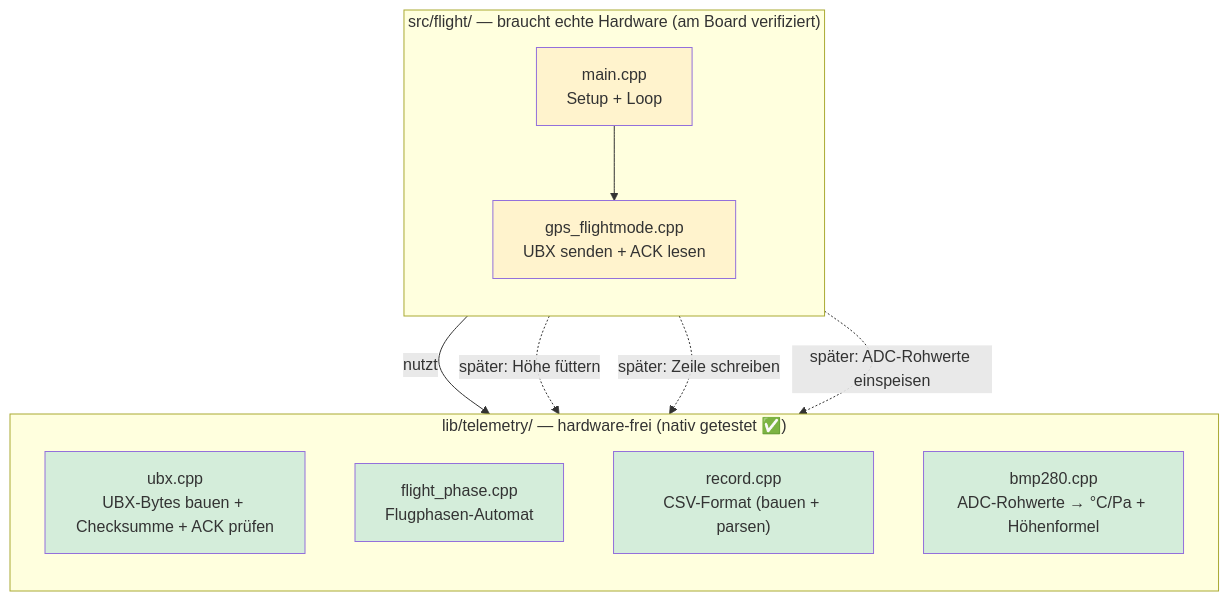
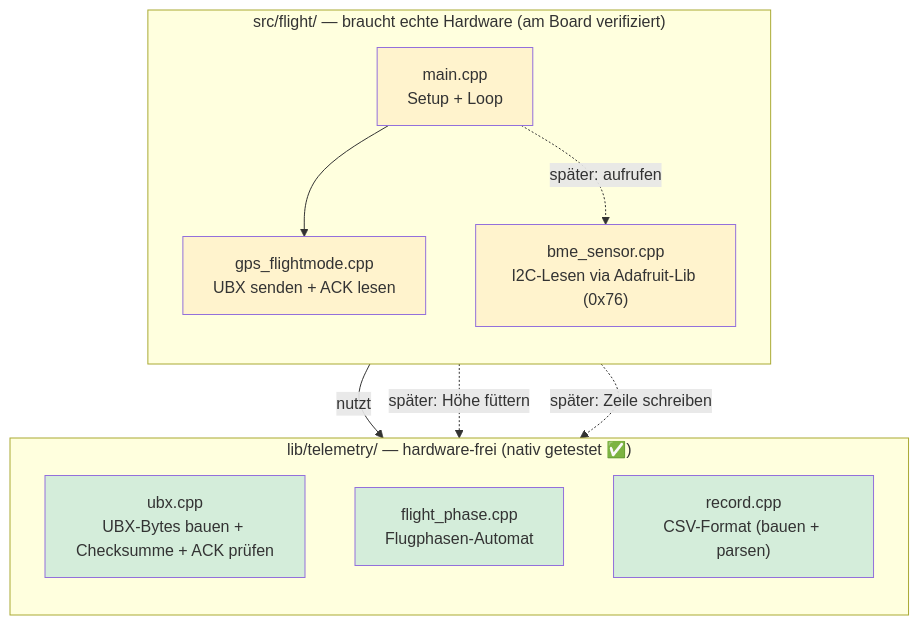
One commit to rhoentier/weather_balloon changed the first of 6 diagrams in docs/software-flow.md. Above: the diagram before and after it, drawn with Mermaid. The commit also changed other lines of this file and 2 other files, not shown here.

First line of the commit message:
docs: BMP280 -> BME280 durchgängig korrigieren (Pins, TODO, Software-Flow)

````diff
--- a/docs/software-flow.md
+++ b/docs/software-flow.md
@@ -27,29 +27,29 @@
 ```mermaid
 flowchart TB
     subgraph HW["src/flight/ — braucht echte Hardware (am Board verifiziert)"]
         direction TB
         MAIN["main.cpp<br/>Setup + Loop"]
         GPSFM["gps_flightmode.cpp<br/>UBX senden + ACK lesen"]
+        BME["bme_sensor.cpp<br/>I2C-Lesen via Adafruit-Lib (0x76)"]
     end
 
     subgraph LIB["lib/telemetry/ — hardware-frei (nativ getestet ✅)"]
         direction TB
         UBX["ubx.cpp<br/>UBX-Bytes bauen + Checksumme + ACK prüfen"]
         PHASE["flight_phase.cpp<br/>Flugphasen-Automat"]
         REC["record.cpp<br/>CSV-Format (bauen + parsen)"]
-        BMP["bmp280.cpp<br/>ADC-Rohwerte → °C/Pa + Höhenformel"]
     end
 
     MAIN --> GPSFM
     GPSFM -->|nutzt| UBX
+    MAIN -.->|später: aufrufen| BME
     MAIN -.->|später: Höhe füttern| PHASE
     MAIN -.->|später: Zeile schreiben| REC
-    MAIN -.->|später: ADC-Rohwerte einspeisen| BMP
 
     style UBX fill:#d4edda
     style PHASE fill:#d4edda
     style REC fill:#d4edda
-    style BMP fill:#d4edda
     style GPSFM fill:#fff3cd
     style MAIN fill:#fff3cd
+    style BME fill:#fff3cd
 ```
````
